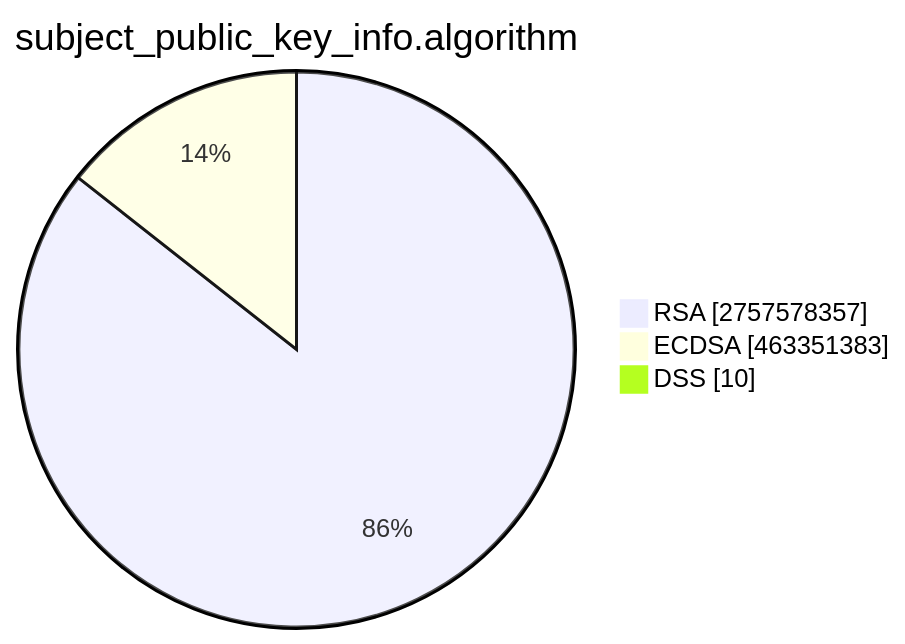
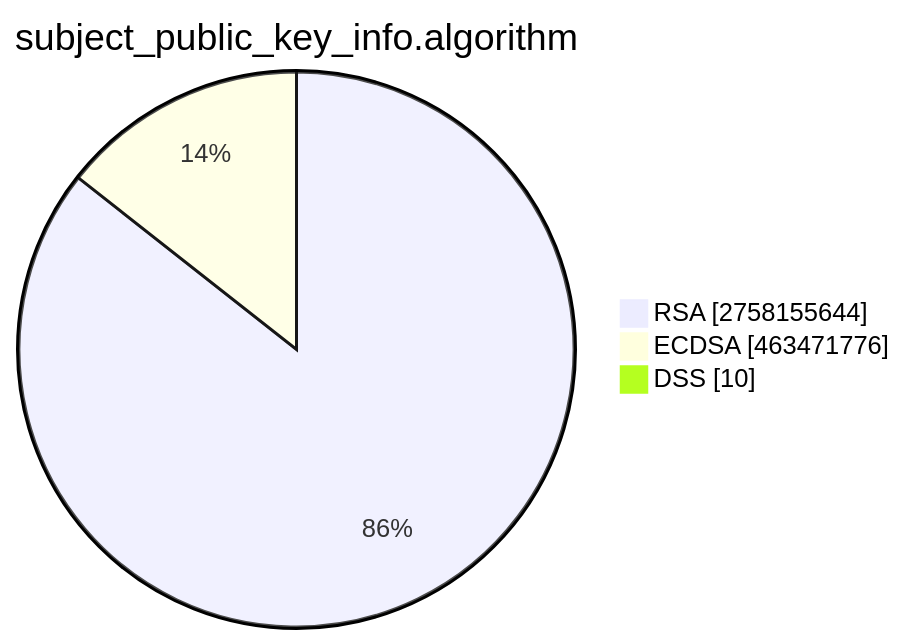
Before and after one commit to christiankrug/ctmonitor_visualization: the second of 15 diagrams in TOTAL/README.md, drawn with Mermaid. The commit also changed other lines of this file, not shown here.

````diff
--- a/TOTAL/README.md
+++ b/TOTAL/README.md
@@ -6,7 +6,7 @@
 ```mermaid
 pie showData
 title subject_public_key_info.algorithm
-"RSA" :2757578357
-"ECDSA" :463351383
+"RSA" :2758155644
+"ECDSA" :463471776
 "DSS" :10
 ```
````
